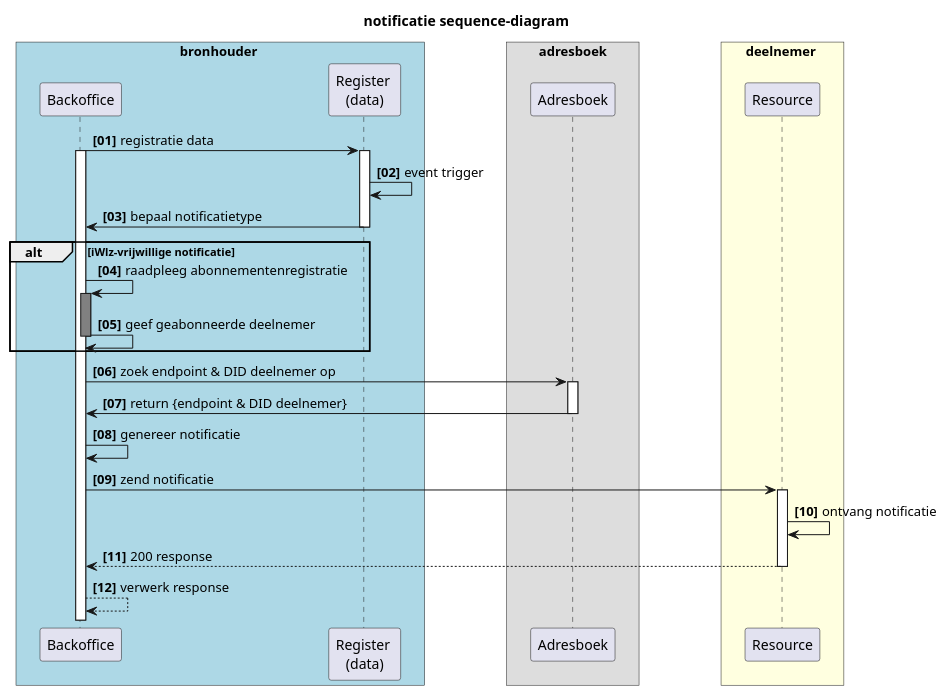
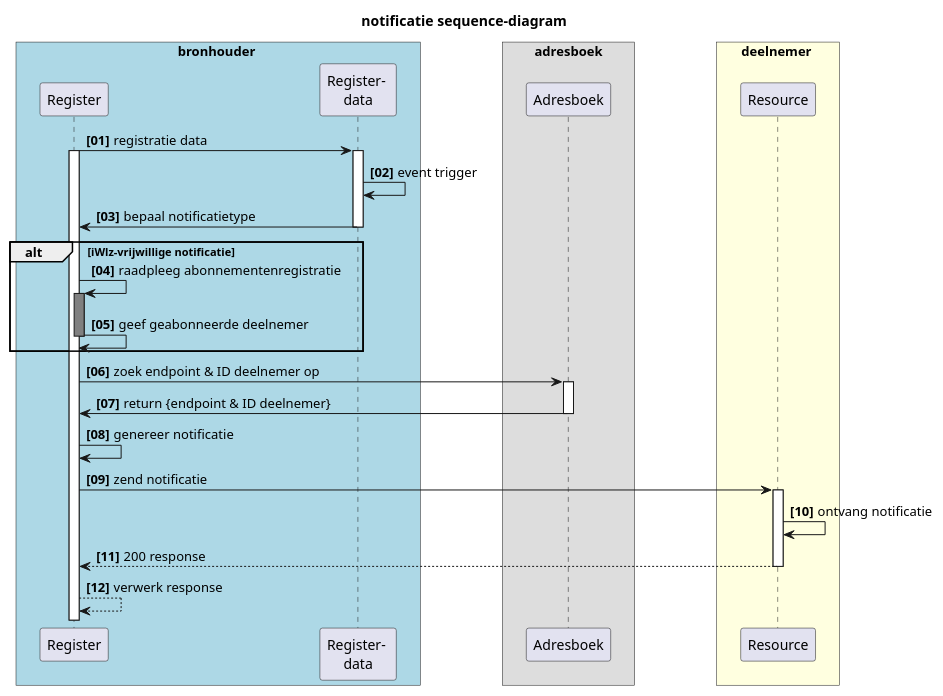
One commit to iStandaarden/iWlz-RequestForComment changed the second of 4 diagrams in RFC/RFC0008 - Notificaties en Abonnementen.md. Above: the diagram before and after it, drawn with PlantUML. The commit also changed other lines of this file and 1 other file, not shown here.

````diff
--- a/RFC/RFC0008 - Notificaties en Abonnementen.md
+++ b/RFC/RFC0008 - Notificaties en Abonnementen.md
@@ -201,49 +202,49 @@
   ```plantuml
   @startuml rfc008-02-notificatie_sequence
   title notificatie sequence-diagram
   skinparam handwritten false
   skinparam participantpadding 20
   skinparam boxpadding 40
   autonumber "<b>[00]"
   box bronhouder #lightblue
-  participant "Backoffice" as bs
-  participant "Register \n(data)" as rg
+  participant "Register" as bs
+  participant "Register- \ndata" as rg
   end box
 
   box adresboek
   participant "Adresboek" as ab
   end box
 
   box deelnemer #lightyellow
   participant "Resource" as dnp
   end box
 
     bs -> rg : registratie data
     activate rg
     activate bs
     rg -> rg: event trigger
     rg -> bs : bepaal notificatietype
     deactivate rg
 
       alt iWlz-vrijwillige notificatie
       bs -> bs: raadpleeg abonnementenregistratie
       activate bs #grey
       bs -> bs: geef geabonneerde deelnemer
       deactivate bs
       end 
 
-    bs -> ab: zoek endpoint & DID deelnemer op
+    bs -> ab: zoek endpoint & ID deelnemer op
 
     activate ab
-    ab -> bs: return {endpoint & DID deelnemer}
+    ab -> bs: return {endpoint & ID deelnemer}
     deactivate ab
     bs -> bs: genereer notificatie
     bs -> dnp: zend notificatie
     activate dnp
     dnp -> dnp: ontvang notificatie
     dnp --> bs: 200 response
     deactivate dnp  
     bs --> bs: verwerk response
 
   @enduml
   ```
````
